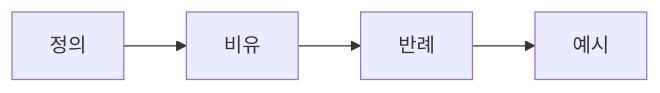
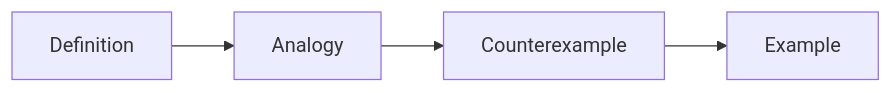
Before and after one commit to yeongseon-books/book-content: the diagram in content/technical-writing-101/ko/04-explaining-concepts.md, drawn with Mermaid. The commit also changed other lines of this file and 9 other files, not shown here.

````diff
--- a/content/technical-writing-101/ko/04-explaining-concepts.md
+++ b/content/technical-writing-101/ko/04-explaining-concepts.md
@@ -50,6 +50,6 @@
 ```mermaid
 flowchart LR
-    D[정의] --> A[비유]
-    A --> C[반례]
-    C --> E[예시]
+    D[Definition] --> A[Analogy]
+    A --> C[Counterexample]
+    C --> E[Example]
 ```
````
